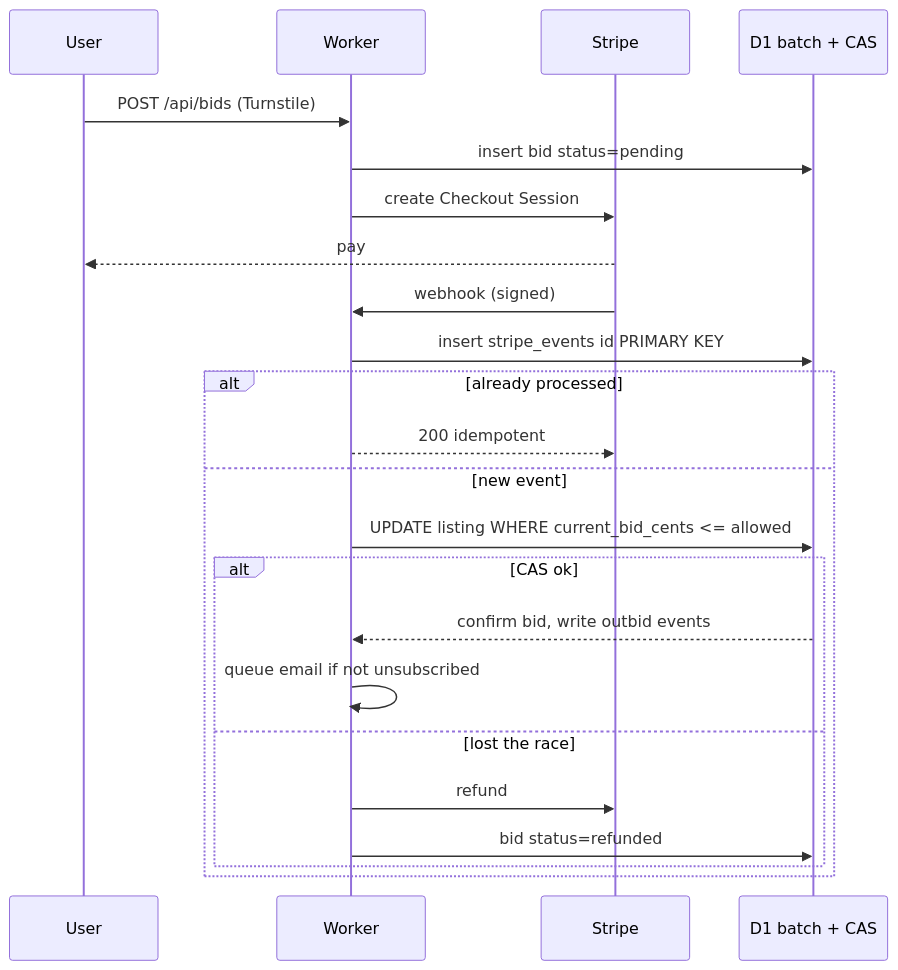
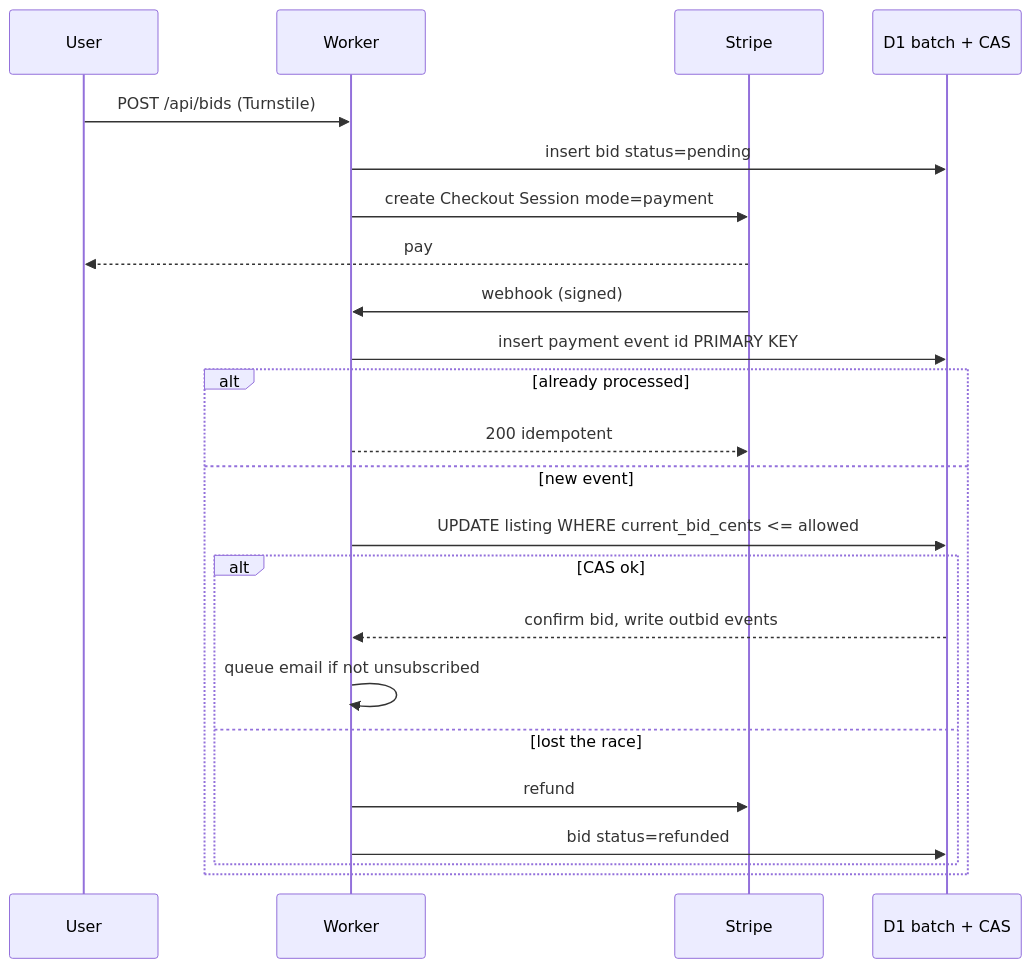
The second of 2 diagrams in ARCHITECTURE.md (travisrr/hireme-lol), drawn with Mermaid before and after one commit. The commit also changed other lines of this file and 110 other files, not shown here.

First line of the commit message:
Cream + LinkedIn-blue lock, Stripe Checkout, industry tabs

````diff
--- a/ARCHITECTURE.md
+++ b/ARCHITECTURE.md
@@ -85,26 +85,26 @@
 ```mermaid
 sequenceDiagram
   participant U as User
   participant W as Worker
   participant S as Stripe
   participant D as D1 batch + CAS
 
   U->>W: POST /api/bids (Turnstile)
   W->>D: insert bid status=pending
-  W->>S: create Checkout Session
+  W->>S: create Checkout Session mode=payment
   S-->>U: pay
   S->>W: webhook (signed)
-  W->>D: insert stripe_events id PRIMARY KEY
+  W->>D: insert payment event id PRIMARY KEY
   alt already processed
     W-->>S: 200 idempotent
   else new event
     W->>D: UPDATE listing WHERE current_bid_cents <= allowed
     alt CAS ok
       D-->>W: confirm bid, write outbid events
       W->>W: queue email if not unsubscribed
     else lost the race
       W->>S: refund
       W->>D: bid status=refunded
     end
   end
 ```
````
